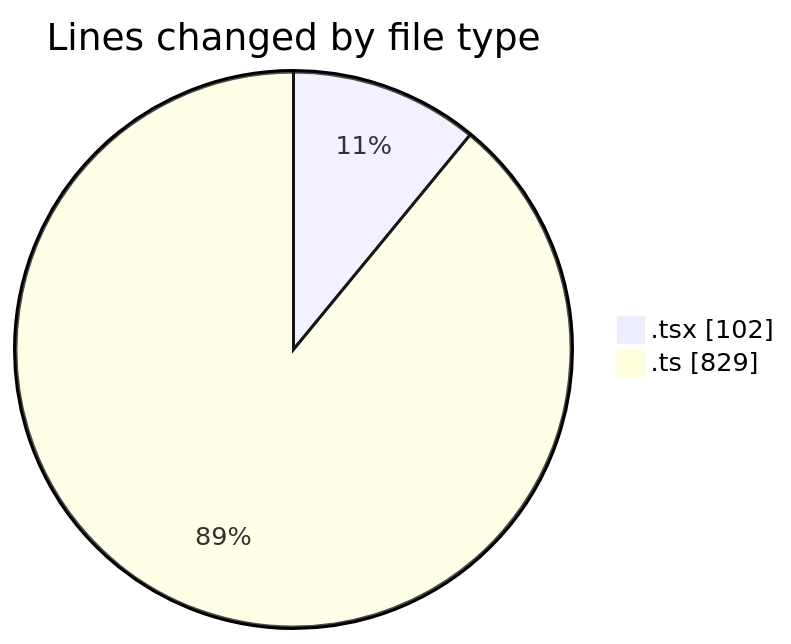
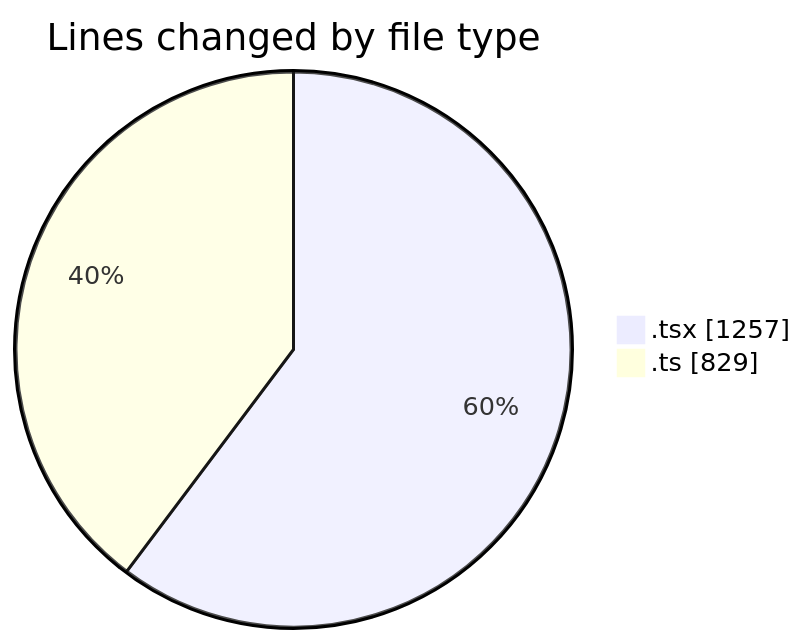
One commit to robertbonfada/code-tracking changed the first of 2 diagrams in 2025-01-27/mbc-web/README.md. Above: the diagram before and after it, drawn with Mermaid. The commit also changed other lines of this file and 1 other file, not shown here.

````diff
--- a/2025-01-27/mbc-web/README.md
+++ b/2025-01-27/mbc-web/README.md
@@ -21,6 +23,6 @@
 ```mermaid
 pie showData
 title Lines changed by file type
-".tsx" : 102
+".tsx" : 1257
 ".ts" : 829
 ```
````
